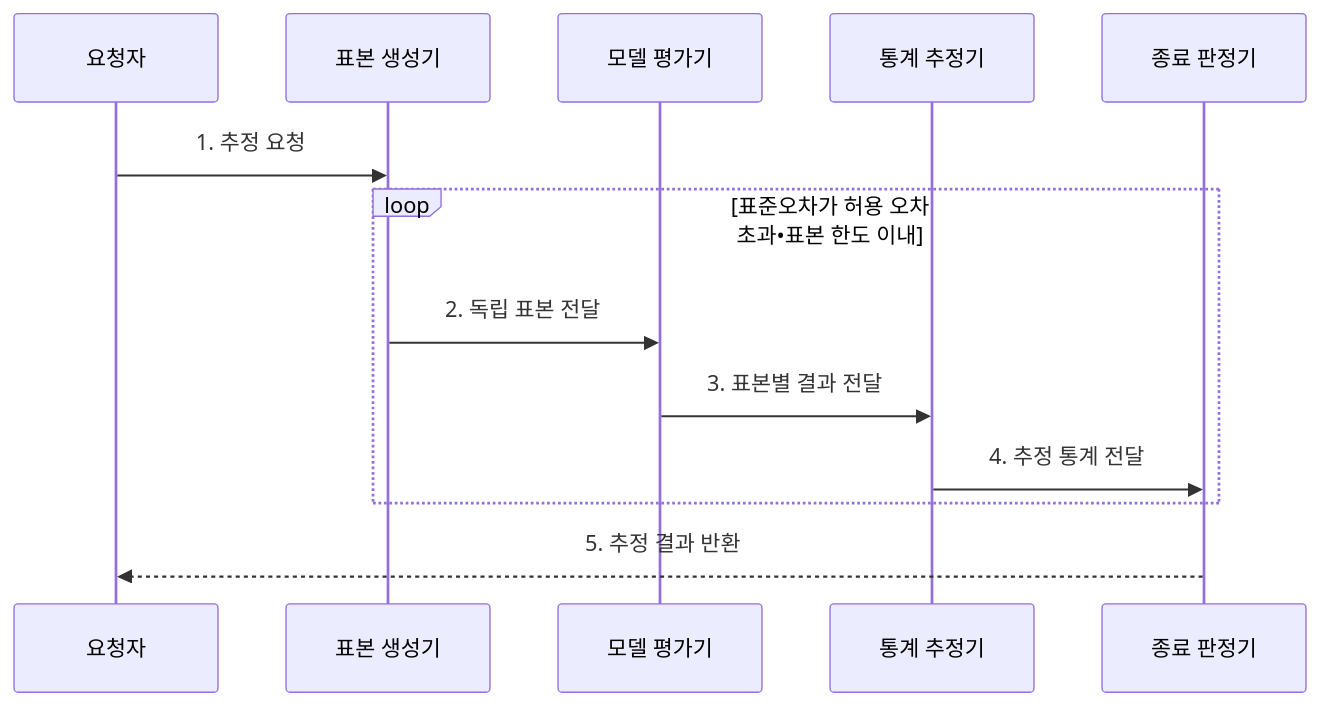
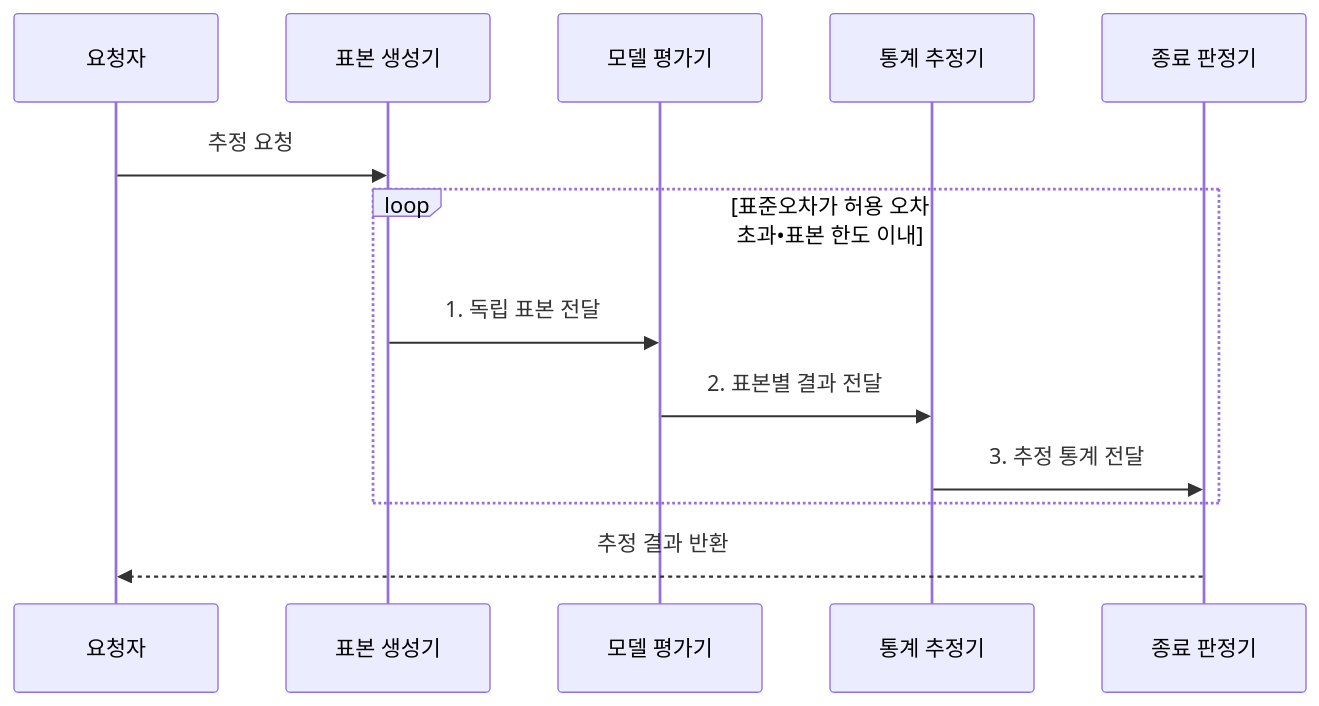
Before and after one commit to agnusdei1207/knowledge-base: the second of 2 diagrams in src/content/docs/notes/01-basic-theory/017_monte_carlo.md, drawn with Mermaid. The commit also changed other lines of this file and 17 other files, not shown here.

````diff
--- a/src/content/docs/notes/01-basic-theory/017_monte_carlo.md
+++ b/src/content/docs/notes/01-basic-theory/017_monte_carlo.md
@@ -101,15 +98,15 @@
 ```mermaid
 sequenceDiagram
     participant Q as 요청자
     participant G as 표본 생성기
     participant M as 모델 평가기
     participant E as 통계 추정기
     participant C as 종료 판정기
-    Q->>G: 1. 추정 요청
+    Q->>G: 추정 요청
     loop 표준오차가 허용 오차 초과•표본 한도 이내
-        G->>M: 2. 독립 표본 전달
-        M->>E: 3. 표본별 결과 전달
-        E->>C: 4. 추정 통계 전달
+        G->>M: 1. 독립 표본 전달
+        M->>E: 2. 표본별 결과 전달
+        E->>C: 3. 추정 통계 전달
     end
-    C-->>Q: 5. 추정 결과 반환
+    C-->>Q: 추정 결과 반환
 ```
````
